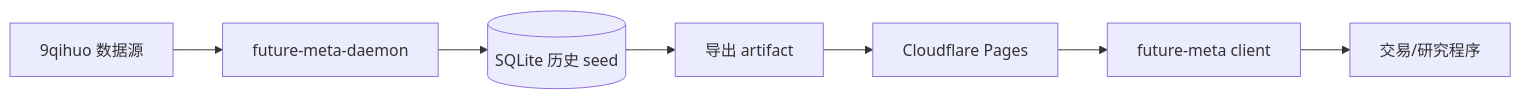
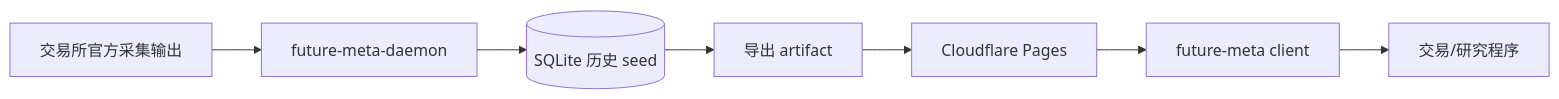
The diagram in README.md (zynthium/future-meta), drawn with Mermaid before and after one commit. The commit also changed other lines of this file and 33 other files, not shown here.

First line of the commit message:
feat!: rebuild official parameter history and publish schema 3

````diff
--- a/README.md
+++ b/README.md
@@ -26,9 +26,9 @@
 ```mermaid
 flowchart LR
-    qh[9qihuo 数据源] --> daemon[future-meta-daemon]
+    exchange[交易所官方采集输出] --> daemon[future-meta-daemon]
     daemon --> sqlite[(SQLite 历史 seed)]
     sqlite --> export[导出 artifact]
     export --> pages[Cloudflare Pages]
     pages --> client[future-meta client]
     client --> app[交易/研究程序]
 ```
````
